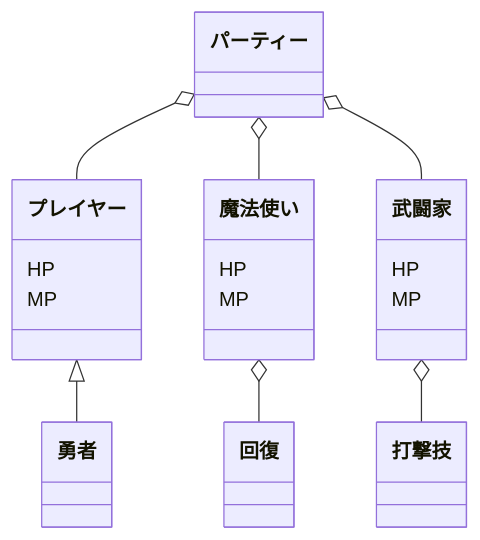
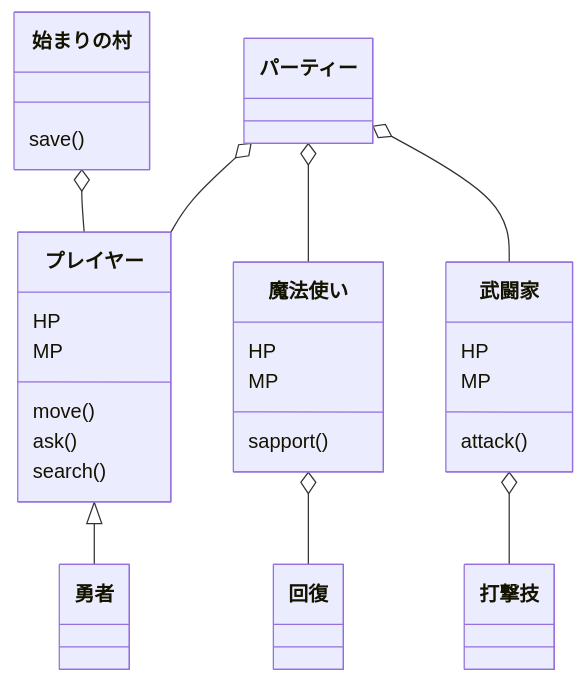
One commit to tpu-game-2023/mermaid_test changed the third of 3 diagrams in README.md. Above: the diagram before and after it, drawn with Mermaid.

````diff
--- a/README.md
+++ b/README.md
@@ -102,16 +102,24 @@
 ```mermaid
 classDiagram
     プレイヤー <|-- 勇者
     魔法使い o-- 回復
     武闘家 o-- 打撃技
     パーティー o-- プレイヤー
     パーティー o-- 魔法使い
     パーティー o-- 武闘家
+    始まりの村 o-- プレイヤー
+    始まりの村 : save()
     プレイヤー : HP
     プレイヤー : MP
+    プレイヤー : move()
+    プレイヤー : ask()
+    プレイヤー : search()
     魔法使い : HP
     魔法使い : MP
+    魔法使い : sapport()
     武闘家 : HP
     武闘家 : MP
+    武闘家 : attack()
+    
     
 ```
````
